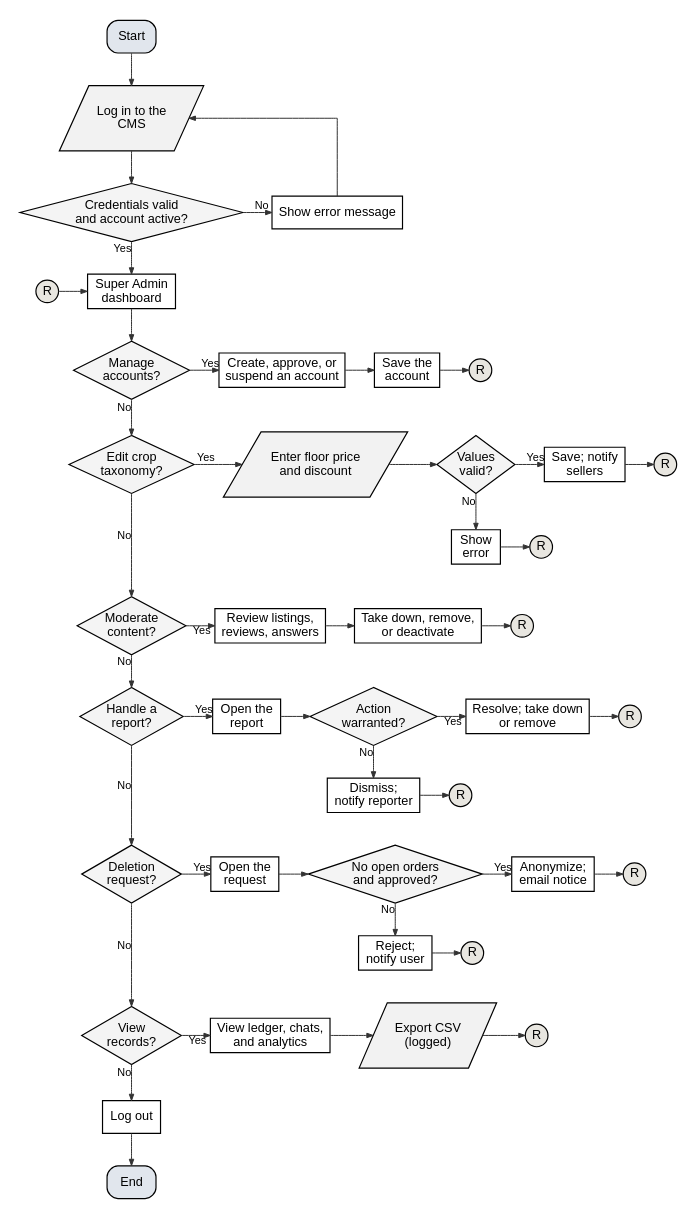
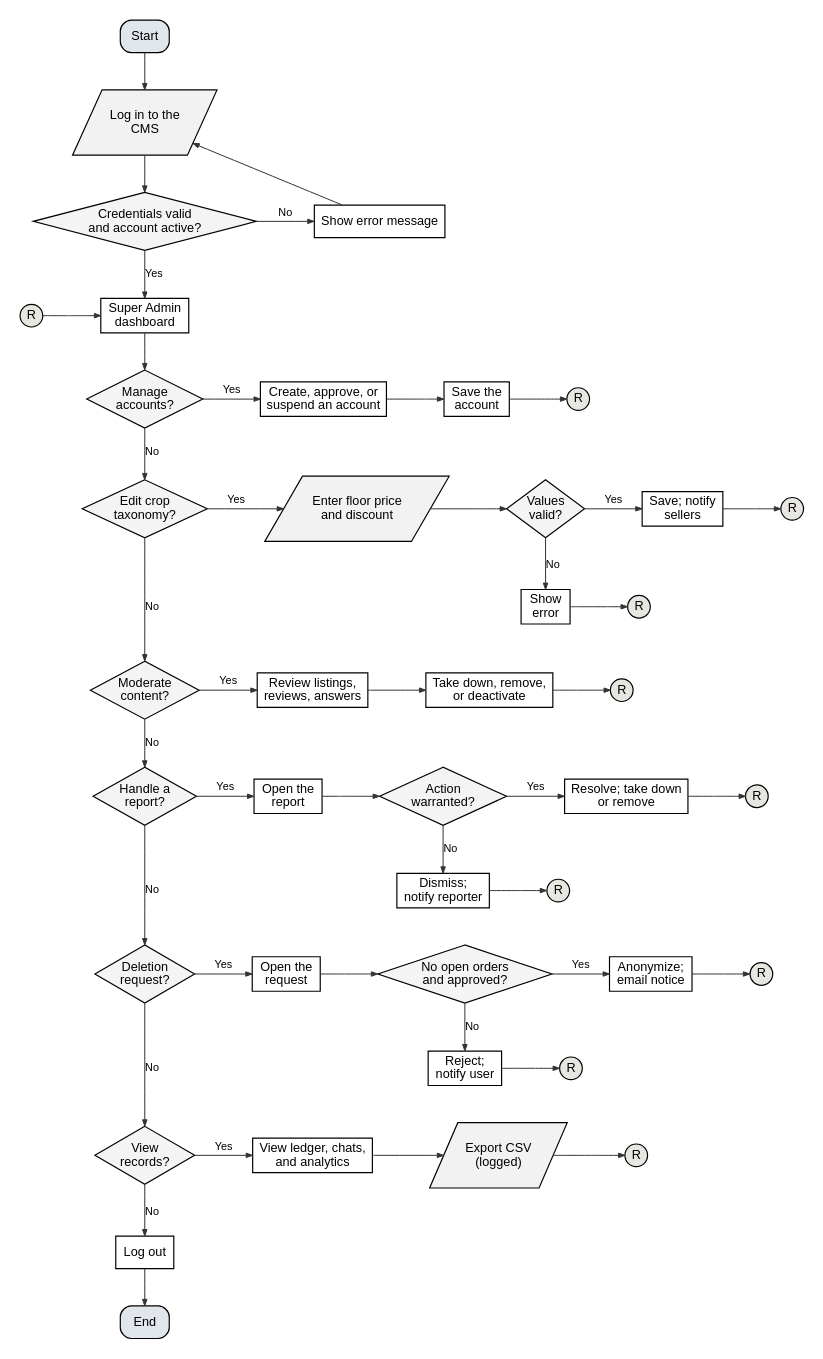
The diagram in docs/manuscript/figures/src/fig5b_flow_super_admin.dot (shawncastaneda11-commits/anihow-backend), drawn with Graphviz before and after one commit. The commit also changed 18 other files, not shown here.

First line of the commit message:
docs(manuscript): keep flowchart and context-diagram labels off the lines

```diff
--- a/docs/manuscript/figures/src/fig5b_flow_super_admin.dot
+++ b/docs/manuscript/figures/src/fig5b_flow_super_admin.dot
@@ -1,110 +1,110 @@
 digraph G {
-  graph [rankdir=TB, nodesep=0.45, ranksep=0.5, pad=0.2, fontname="Liberation Sans", newrank=true, splines=ortho];
+  graph [rankdir=TB, nodesep=0.45, ranksep=0.55, pad=0.2, fontname="Liberation Sans", newrank=true, splines=polyline];
   node  [fontname="Liberation Sans", fontsize=14, penwidth=1.3, style=filled, fillcolor="#FFFFFF", margin="0.12,0.06"];
   edge  [penwidth=1.1, arrowsize=0.7, color="#333333", fontname="Liberation Sans", fontsize=12];
   s [shape=box, style="rounded,filled", fillcolor="#E1E6ED", label="Start"];
   li [shape=parallelogram, fillcolor="#F2F2F2", label="Log in to the\nCMS", margin="0.02,0.04"];
   ok [shape=diamond, fillcolor="#F4F4F4", label="Credentials valid\nand account active?", margin="0.02,0.02"];
   err [shape=box, label="Show error message"];
   ain [shape=circle, width=0.35, fixedsize=true, fillcolor="#E8E6E0", label="R"];
   home [shape=box, label="Super Admin\ndashboard"];
   lo [shape=box, label="Log out"];
   end [shape=box, style="rounded,filled", fillcolor="#E1E6ED", label="End"];
   s -> li;
   li -> ok;
-  ok -> err [xlabel="No"];
+  ok -> err [label="No"];
   err -> li [constraint=false];
-  ok -> home [xlabel="Yes"];
+  ok -> home [label="Yes"];
   ain -> home;
   {rank=same; ok err}
   {rank=same; home ain}
   q0 [shape=diamond, fillcolor="#F4F4F4", label="Manage\naccounts?", margin="0.02,0.02"];
   home -> q0;
   s0_0 [shape=box, label="Create, approve, or\nsuspend an account"];
-  q0 -> s0_0 [xlabel="Yes"];
+  q0 -> s0_0 [label="Yes"];
   s0_1 [shape=box, label="Save the\naccount"];
   s0_0 -> s0_1;
   r0 [shape=circle, width=0.35, fixedsize=true, fillcolor="#E8E6E0", label="R"];
   s0_1 -> r0;
   {rank=same; q0; s0_0; s0_1; r0}
   q1 [shape=diamond, fillcolor="#F4F4F4", label="Edit crop\ntaxonomy?", margin="0.02,0.02"];
-  q0 -> q1 [xlabel="No"];
+  q0 -> q1 [label="No"];
   s1_0 [shape=parallelogram, fillcolor="#F2F2F2", label="Enter floor price\nand discount", margin="0.02,0.04"];
-  q1 -> s1_0 [xlabel="Yes"];
+  q1 -> s1_0 [label="Yes"];
   s1_1 [shape=diamond, fillcolor="#F4F4F4", label="Values\nvalid?", margin="0.02,0.02"];
   s1_0 -> s1_1;
   a1_1 [shape=box, label="Show\nerror"];
   xa1_1 [shape=circle, width=0.35, fixedsize=true, fillcolor="#E8E6E0", label="R"];
-  s1_1 -> a1_1 [xlabel="No"];
+  s1_1 -> a1_1 [label="No"];
   a1_1 -> xa1_1;
   {rank=same; a1_1; xa1_1}
   s1_2 [shape=box, label="Save; notify\nsellers"];
-  s1_1 -> s1_2 [xlabel="Yes"];
+  s1_1 -> s1_2 [label="Yes"];
   r1 [shape=circle, width=0.35, fixedsize=true, fillcolor="#E8E6E0", label="R"];
   s1_2 -> r1;
   {rank=same; q1; s1_0; s1_1; s1_2; r1}
   q2 [shape=diamond, fillcolor="#F4F4F4", label="Moderate\ncontent?", margin="0.02,0.02"];
-  q1 -> q2 [xlabel="No", minlen=2];
+  q1 -> q2 [label="No", minlen=2];
   s2_0 [shape=box, label="Review listings,\nreviews, answers"];
-  q2 -> s2_0 [xlabel="Yes"];
+  q2 -> s2_0 [label="Yes"];
   s2_1 [shape=box, label="Take down, remove,\nor deactivate"];
   s2_0 -> s2_1;
   r2 [shape=circle, width=0.35, fixedsize=true, fillcolor="#E8E6E0", label="R"];
   s2_1 -> r2;
   {rank=same; q2; s2_0; s2_1; r2}
   q3 [shape=diamond, fillcolor="#F4F4F4", label="Handle a\nreport?", margin="0.02,0.02"];
-  q2 -> q3 [xlabel="No"];
+  q2 -> q3 [label="No"];
   s3_0 [shape=box, label="Open the\nreport"];
-  q3 -> s3_0 [xlabel="Yes"];
+  q3 -> s3_0 [label="Yes"];
   s3_1 [shape=diamond, fillcolor="#F4F4F4", label="Action\nwarranted?", margin="0.02,0.02"];
   s3_0 -> s3_1;
   a3_1 [shape=box, label="Dismiss;\nnotify reporter"];
   xa3_1 [shape=circle, width=0.35, fixedsize=true, fillcolor="#E8E6E0", label="R"];
-  s3_1 -> a3_1 [xlabel="No"];
+  s3_1 -> a3_1 [label="No"];
   a3_1 -> xa3_1;
   {rank=same; a3_1; xa3_1}
   s3_2 [shape=box, label="Resolve; take down\nor remove"];
-  s3_1 -> s3_2 [xlabel="Yes"];
+  s3_1 -> s3_2 [label="Yes"];
   r3 [shape=circle, width=0.35, fixedsize=true, fillcolor="#E8E6E0", label="R"];
   s3_2 -> r3;
   {rank=same; q3; s3_0; s3_1; s3_2; r3}
   q4 [shape=diamond, fillcolor="#F4F4F4", label="Deletion\nrequest?", margin="0.02,0.02"];
-  q3 -> q4 [xlabel="No", minlen=2];
+  q3 -> q4 [label="No", minlen=2];
   s4_0 [shape=box, label="Open the\nrequest"];
-  q4 -> s4_0 [xlabel="Yes"];
+  q4 -> s4_0 [label="Yes"];
   s4_1 [shape=diamond, fillcolor="#F4F4F4", label="No open orders\nand approved?", margin="0.02,0.02"];
   s4_0 -> s4_1;
   a4_1 [shape=box, label="Reject;\nnotify user"];
   xa4_1 [shape=circle, width=0.35, fixedsize=true, fillcolor="#E8E6E0", label="R"];
-  s4_1 -> a4_1 [xlabel="No"];
+  s4_1 -> a4_1 [label="No"];
   a4_1 -> xa4_1;
   {rank=same; a4_1; xa4_1}
   s4_2 [shape=box, label="Anonymize;\nemail notice"];
-  s4_1 -> s4_2 [xlabel="Yes"];
+  s4_1 -> s4_2 [label="Yes"];
   r4 [shape=circle, width=0.35, fixedsize=true, fillcolor="#E8E6E0", label="R"];
   s4_2 -> r4;
   {rank=same; q4; s4_0; s4_1; s4_2; r4}
   q5 [shape=diamond, fillcolor="#F4F4F4", label="View\nrecords?", margin="0.02,0.02"];
-  q4 -> q5 [xlabel="No", minlen=2];
+  q4 -> q5 [label="No", minlen=2];
   s5_0 [shape=box, label="View ledger, chats,\nand analytics"];
-  q5 -> s5_0 [xlabel="Yes"];
+  q5 -> s5_0 [label="Yes"];
   s5_1 [shape=parallelogram, fillcolor="#F2F2F2", label="Export CSV\n(logged)", margin="0.02,0.04"];
   s5_0 -> s5_1;
   r5 [shape=circle, width=0.35, fixedsize=true, fillcolor="#E8E6E0", label="R"];
   s5_1 -> r5;
   {rank=same; q5; s5_0; s5_1; r5}
-  q5 -> lo [xlabel="No"];
+  q5 -> lo [label="No"];
   lo -> end;
   s [group=trunk];
   li [group=trunk];
   ok [group=trunk];
   home [group=trunk];
   lo [group=trunk];
   end [group=trunk];
   q0 [group=trunk];
   q1 [group=trunk];
   q2 [group=trunk];
   q3 [group=trunk];
   q4 [group=trunk];
   q5 [group=trunk];
 }
```
